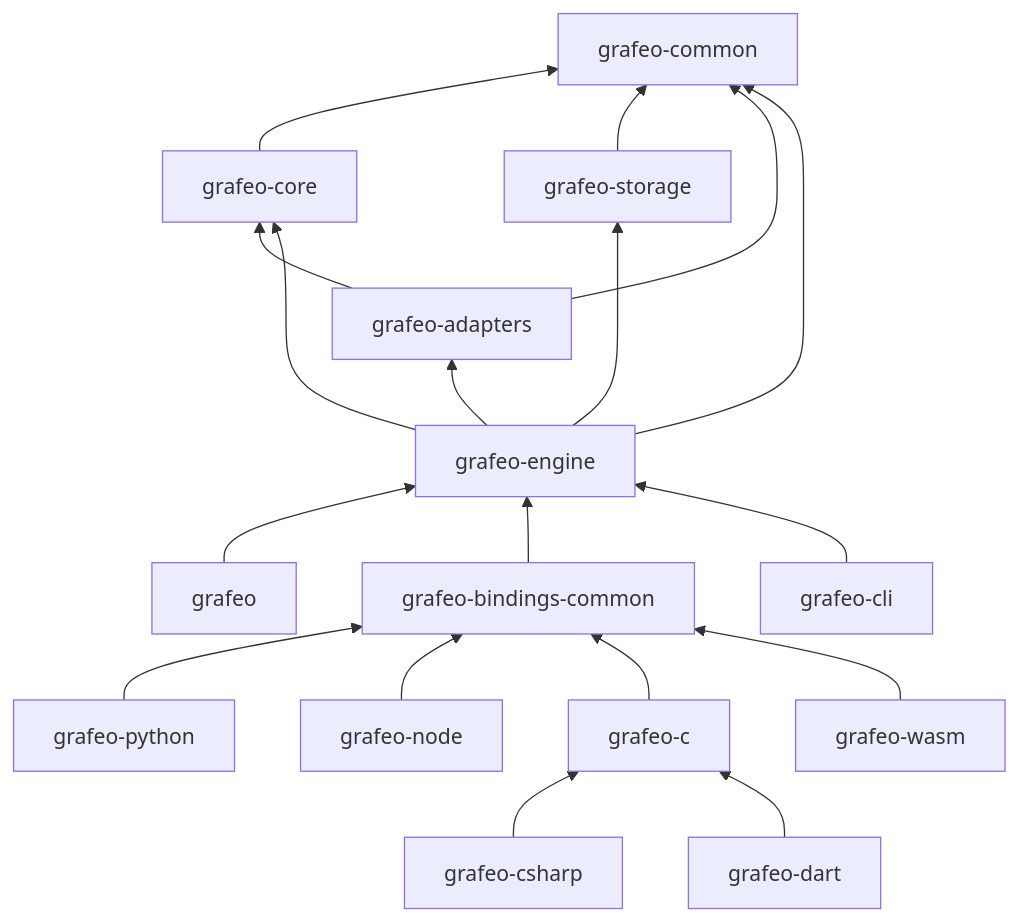
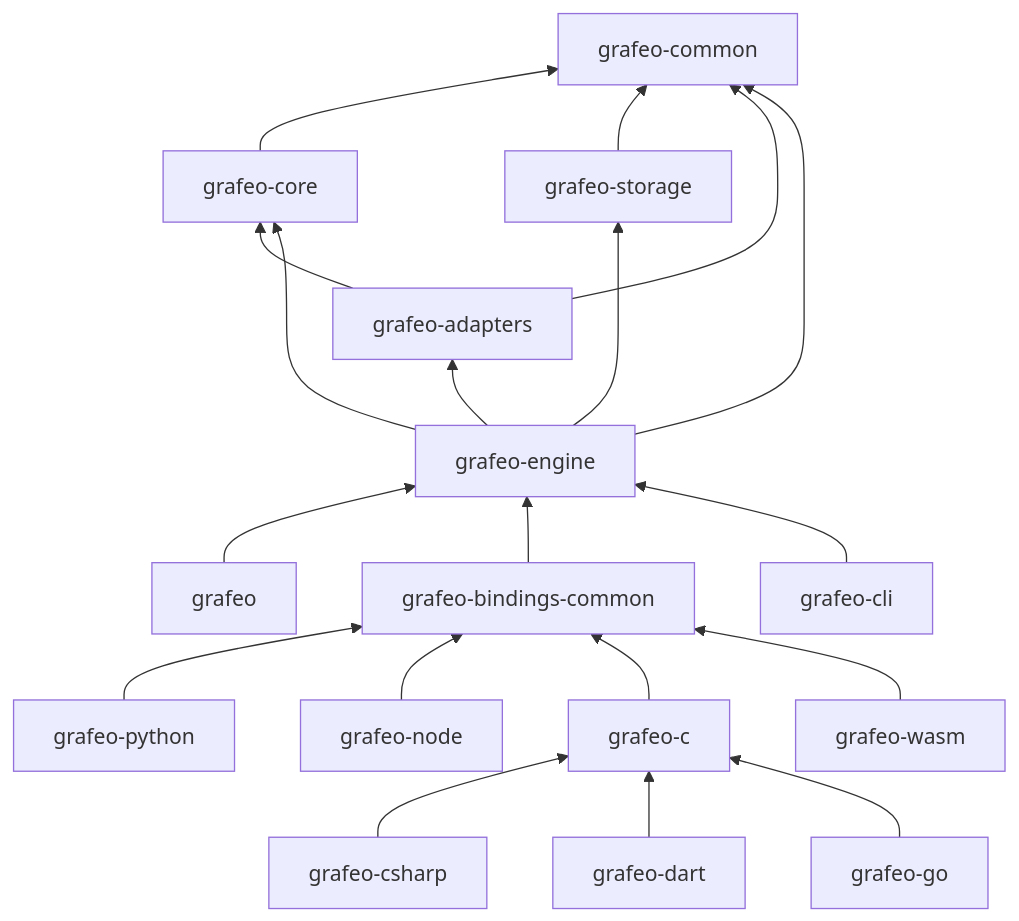
One commit to Michaelzag/grafeo changed the diagram in docs/architecture/crates.md. Above: the diagram before and after it, drawn with Mermaid. The commit also changed other lines of this file and 61 other files, not shown here.

````diff
--- a/docs/architecture/crates.md
+++ b/docs/architecture/crates.md
@@ -15,35 +15,37 @@
 ```mermaid
 graph BT
     COMMON[grafeo-common]
     CORE[grafeo-core]
     STORAGE[grafeo-storage]
     ADAPTERS[grafeo-adapters]
     ENGINE[grafeo-engine]
     GRAFEO[grafeo]
     PYTHON[grafeo-python]
     NODE[grafeo-node]
     CFFI[grafeo-c]
     WASM[grafeo-wasm]
     CSHARP[grafeo-csharp]
     DART[grafeo-dart]
+    GO[grafeo-go]
     COMMON_BIND[grafeo-bindings-common]
     CLI[grafeo-cli]
 
     CORE --> COMMON
     STORAGE --> COMMON
     ADAPTERS --> COMMON
     ADAPTERS --> CORE
     ENGINE --> COMMON
     ENGINE --> CORE
     ENGINE --> STORAGE
     ENGINE --> ADAPTERS
     GRAFEO --> ENGINE
     COMMON_BIND --> ENGINE
     PYTHON --> COMMON_BIND
     NODE --> COMMON_BIND
     CFFI --> COMMON_BIND
     WASM --> COMMON_BIND
     CSHARP --> CFFI
     DART --> CFFI
+    GO --> CFFI
     CLI --> ENGINE
 ```
````
